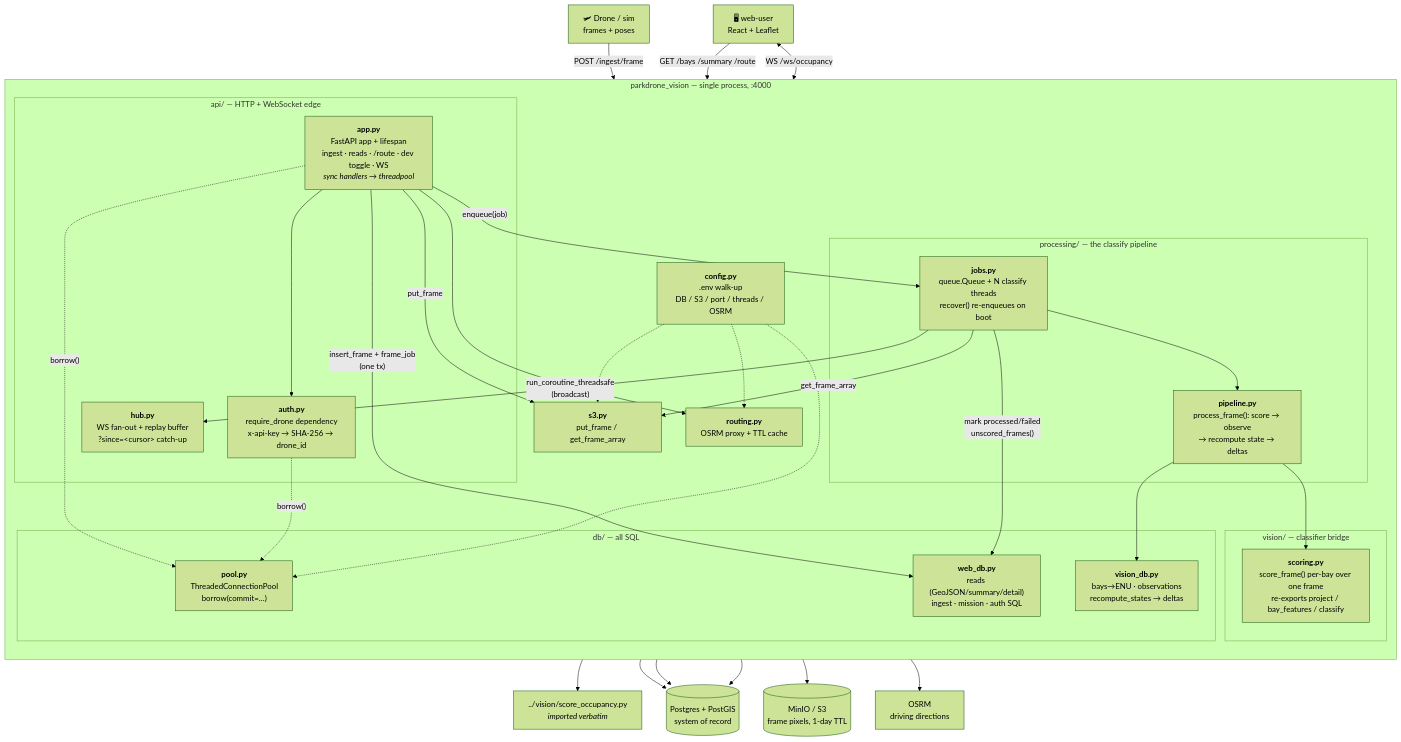
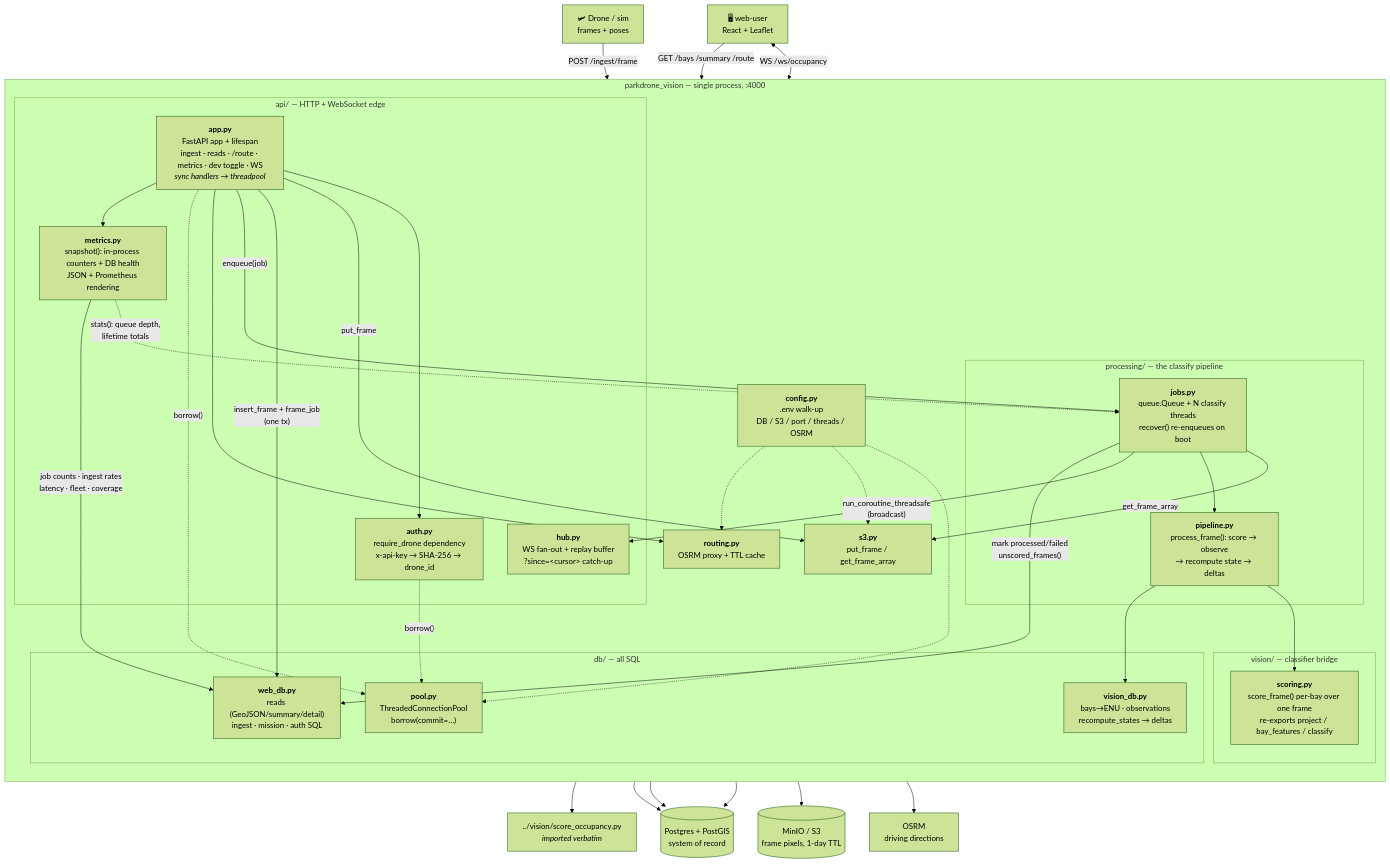
One commit to l-pavlova/drone_project changed the diagram in docs/server_modules.md. Above: the diagram before and after it, drawn with Mermaid (forest theme). The commit also changed other lines of this file and 10 other files, not shown here.

````diff
--- a/docs/server_modules.md
+++ b/docs/server_modules.md
@@ -14,69 +14,74 @@
 ```mermaid
 flowchart TB
     drone["🛩 Drone / sim<br/>frames + poses"]
     browser["🖥 web-user<br/>React + Leaflet"]
 
     subgraph proc["parkdrone_vision — single process, :4000"]
         direction TB
 
         subgraph api["api/ — HTTP + WebSocket edge"]
-            app["<b>app.py</b><br/>FastAPI app + lifespan<br/>ingest · reads · /route · dev toggle · WS<br/><i>sync handlers → threadpool</i>"]
+            app["<b>app.py</b><br/>FastAPI app + lifespan<br/>ingest · reads · /route · metrics · dev toggle · WS<br/><i>sync handlers → threadpool</i>"]
             auth["<b>auth.py</b><br/>require_drone dependency<br/>x-api-key → SHA-256 → drone_id"]
             hub["<b>hub.py</b><br/>WS fan-out + replay buffer<br/>?since=&lt;cursor&gt; catch-up"]
+            met["<b>metrics.py</b><br/>snapshot(): in-process counters + DB health<br/>JSON + Prometheus rendering"]
         end
 
         subgraph processing["processing/ — the classify pipeline"]
             jobs["<b>jobs.py</b><br/>queue.Queue + N classify threads<br/>recover() re-enqueues on boot"]
             pipeline["<b>pipeline.py</b><br/>process_frame(): score → observe<br/>→ recompute state → deltas"]
         end
 
         subgraph vision["vision/ — classifier bridge"]
             scoring["<b>scoring.py</b><br/>score_frame() per-bay over one frame<br/>re-exports project / bay_features / classify"]
         end
 
         subgraph dbp["db/ — all SQL"]
             pool["<b>pool.py</b><br/>ThreadedConnectionPool<br/>borrow(commit=…)"]
             webdb["<b>web_db.py</b><br/>reads (GeoJSON/summary/detail)<br/>ingest · mission · auth SQL"]
             visdb["<b>vision_db.py</b><br/>bays→ENU · observations<br/>recompute_states → deltas"]
         end
 
         config["<b>config.py</b><br/>.env walk-up<br/>DB / S3 / port / threads / OSRM"]
         s3m["<b>s3.py</b><br/>put_frame / get_frame_array"]
         routing["<b>routing.py</b><br/>OSRM proxy + TTL cache"]
     end
 
     pg[("Postgres + PostGIS<br/>system of record")]
     minio[("MinIO / S3<br/>frame pixels, 1-day TTL")]
     osrm["OSRM<br/>driving directions"]
     so["../vision/score_occupancy.py<br/><i>imported verbatim</i>"]
 
     drone -->|"POST /ingest/frame"| app
     browser -->|"GET /bays /summary /route"| app
     browser <-->|"WS /ws/occupancy"| hub
 
     app --> auth
     app -->|"put_frame"| s3m
     app -->|"insert_frame + frame_job<br/>(one tx)"| webdb
     app -->|"enqueue(job)"| jobs
     app --> routing
     app -.->|"borrow()"| pool
     auth -.->|"borrow()"| pool
 
     jobs -->|"get_frame_array"| s3m
     jobs --> pipeline
     jobs -->|"run_coroutine_threadsafe<br/>(broadcast)"| hub
     jobs -->|"mark processed/failed<br/>unscored_frames()"| webdb
     pipeline --> scoring
     pipeline --> visdb
     scoring --> so
 
     webdb --> pg
     visdb --> pg
     pool --> pg
     s3m --> minio
     routing --> osrm
 
     config -.-> pool
     config -.-> s3m
     config -.-> routing
+
+    app --> met
+    met -.->|"stats(): queue depth,<br/>lifetime totals"| jobs
+    met -->|"job counts · ingest rates<br/>latency · fleet · coverage"| webdb
 ```
````
